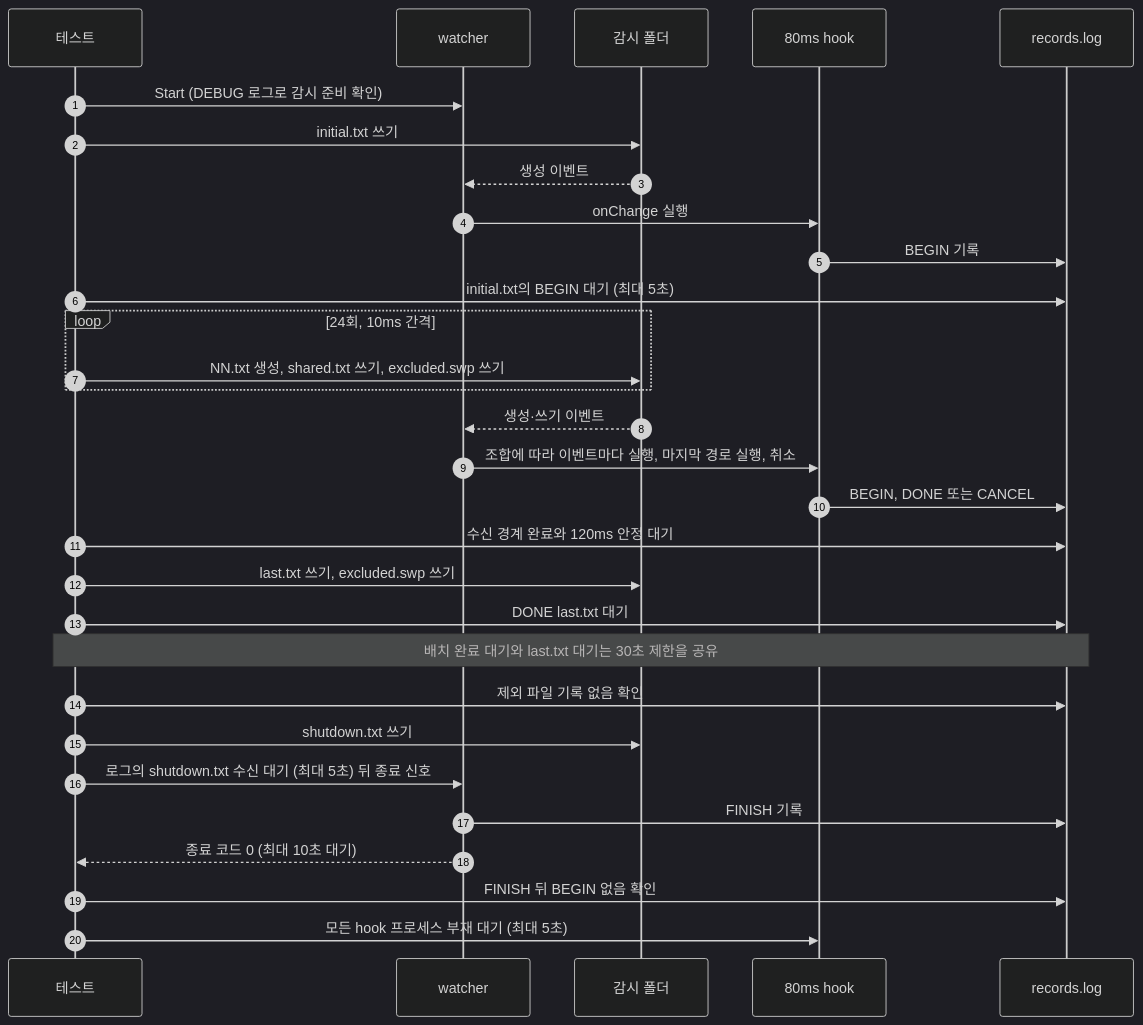
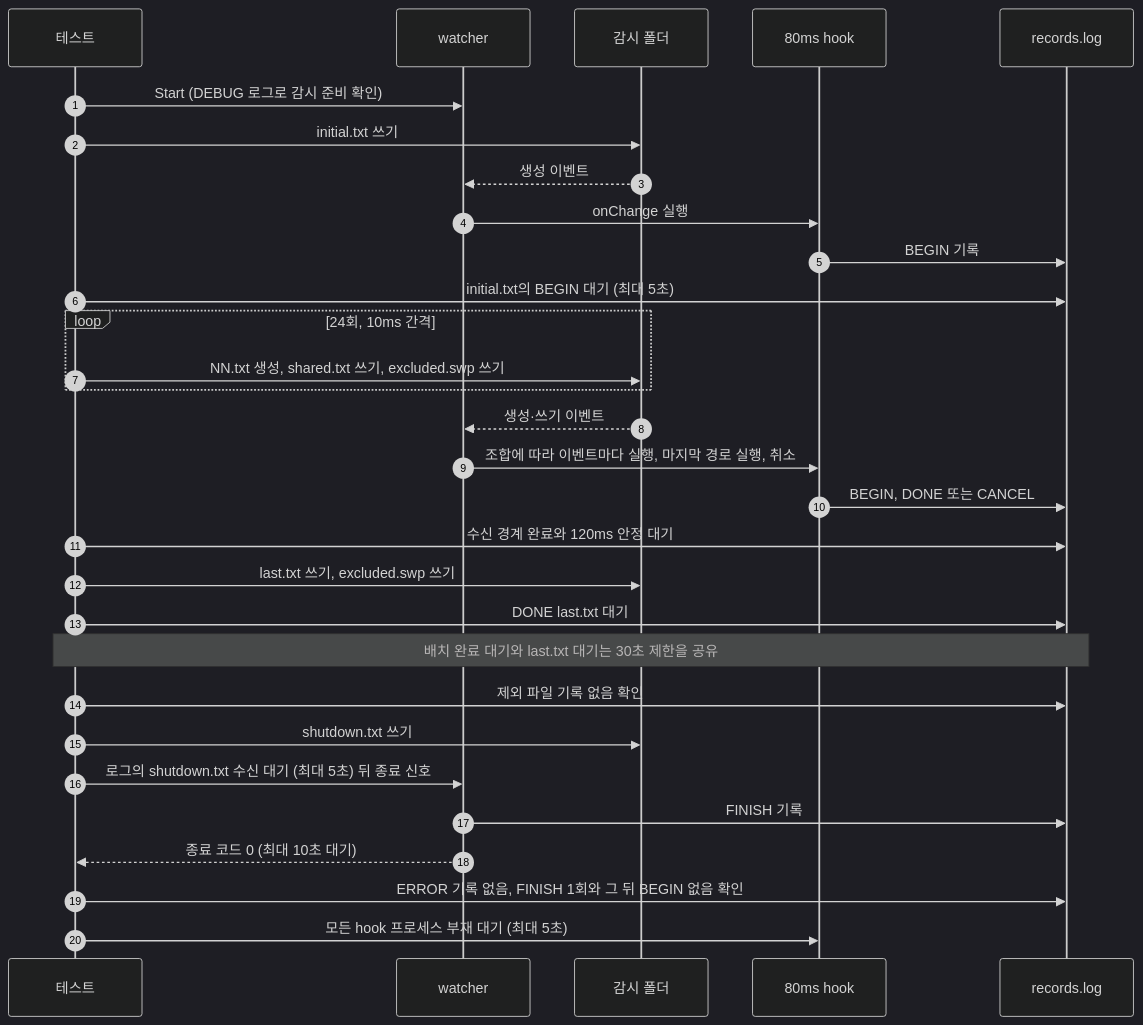
One commit to seungyeop-lee/directory-watcher changed the diagram in e2e/docs/scenarios/fast-inflow-slow-hook.ko.md. Above: the diagram before and after it, drawn with Mermaid (dark theme). The commit also changed other lines of this file and 18 other files, not shown here.

````diff
--- a/e2e/docs/scenarios/fast-inflow-slow-hook.ko.md
+++ b/e2e/docs/scenarios/fast-inflow-slow-hook.ko.md
@@ -34,32 +37,32 @@
 ```mermaid
 sequenceDiagram
     autonumber
     participant testCode as 테스트
     participant watcherProc as watcher
     participant watchDir as 감시 폴더
     participant slowHook as 80ms hook
     participant recordFile as records.log
     testCode->>watcherProc: Start (DEBUG 로그로 감시 준비 확인)
     testCode->>watchDir: initial.txt 쓰기
     watchDir-->>watcherProc: 생성 이벤트
     watcherProc->>slowHook: onChange 실행
     slowHook->>recordFile: BEGIN 기록
     testCode->>recordFile: initial.txt의 BEGIN 대기 (최대 5초)
     loop 24회, 10ms 간격
         testCode->>watchDir: NN.txt 생성, shared.txt 쓰기, excluded.swp 쓰기
     end
     watchDir-->>watcherProc: 생성·쓰기 이벤트
     watcherProc->>slowHook: 조합에 따라 이벤트마다 실행, 마지막 경로 실행, 취소
     slowHook->>recordFile: BEGIN, DONE 또는 CANCEL
     testCode->>recordFile: 수신 경계 완료와 120ms 안정 대기
     testCode->>watchDir: last.txt 쓰기, excluded.swp 쓰기
     testCode->>recordFile: DONE last.txt 대기
     Note over testCode,recordFile: 배치 완료 대기와 last.txt 대기는 30초 제한을 공유
     testCode->>recordFile: 제외 파일 기록 없음 확인
     testCode->>watchDir: shutdown.txt 쓰기
     testCode->>watcherProc: 로그의 shutdown.txt 수신 대기 (최대 5초) 뒤 종료 신호
     watcherProc->>recordFile: FINISH 기록
     watcherProc-->>testCode: 종료 코드 0 (최대 10초 대기)
-    testCode->>recordFile: FINISH 뒤 BEGIN 없음 확인
+    testCode->>recordFile: ERROR 기록 없음, FINISH 1회와 그 뒤 BEGIN 없음 확인
     testCode->>slowHook: 모든 hook 프로세스 부재 대기 (최대 5초)
 ```
````
